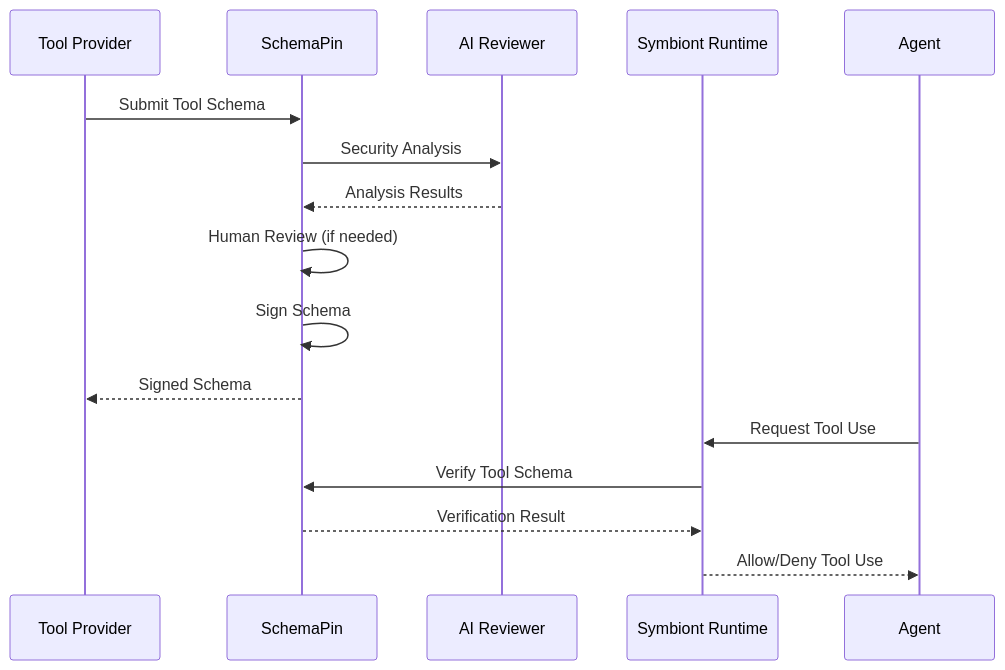
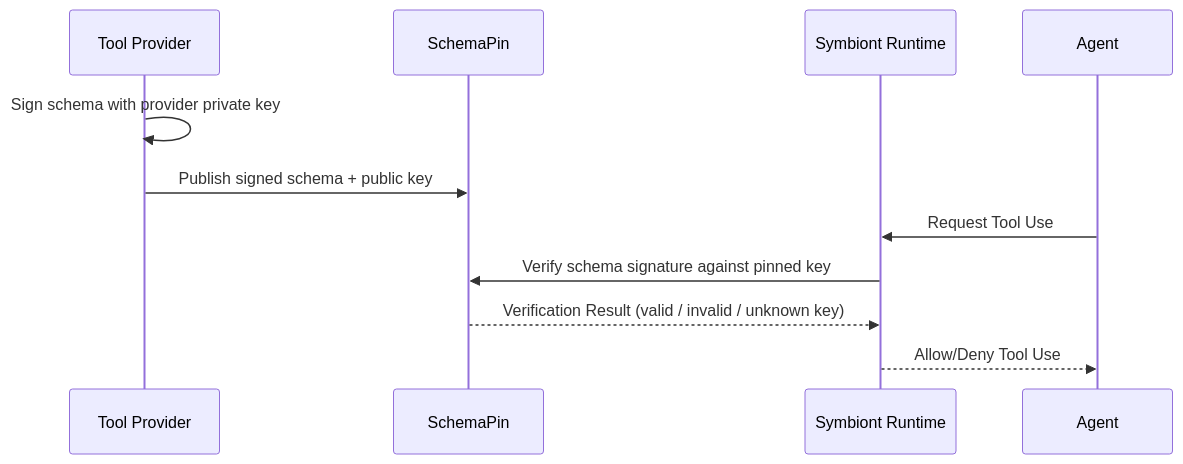
The third of 4 diagrams in docs/de/security-model.md (ThirdKeyAI/Symbiont), drawn with Mermaid before and after one commit. The commit also changed other lines of this file and 39 other files, not shown here.

Commit message:
Security remediation (codered 473178fd): scheduler log-file path-traversal fix, browser deny-by-default scope, API-key file-perm check, OPA plaintext/auth hardening, E2B endpoint + SchemaPin PEM validation, CI least-privilege permissions, Dockerfile HEALTHCHECK, OpenAPI maxItems

````diff
--- a/docs/de/security-model.md
+++ b/docs/de/security-model.md
@@ -619,20 +578,15 @@
 ```mermaid
 sequenceDiagram
     participant Tool as Tool Provider
     participant SP as SchemaPin
-    participant AI as AI Reviewer
     participant Runtime as Symbiont Runtime
     participant Agent as Agent
 
-    Tool->>SP: Submit Tool Schema
-    SP->>AI: Security Analysis
-    AI-->>SP: Analysis Results
-    SP->>SP: Human Review (if needed)
-    SP->>SP: Sign Schema
-    SP-->>Tool: Signed Schema
+    Tool->>Tool: Sign schema with provider private key
+    Tool->>SP: Publish signed schema + public key
 
     Agent->>Runtime: Request Tool Use
-    Runtime->>SP: Verify Tool Schema
-    SP-->>Runtime: Verification Result
+    Runtime->>SP: Verify schema signature against pinned key
+    SP-->>Runtime: Verification Result (valid / invalid / unknown key)
     Runtime-->>Agent: Allow/Deny Tool Use
 ```
````
